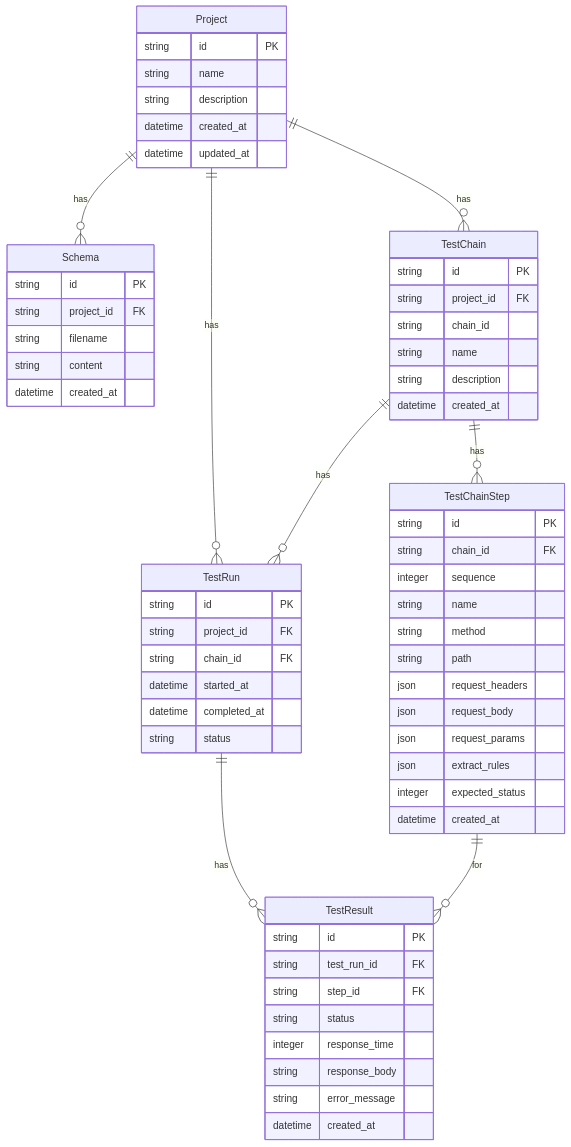
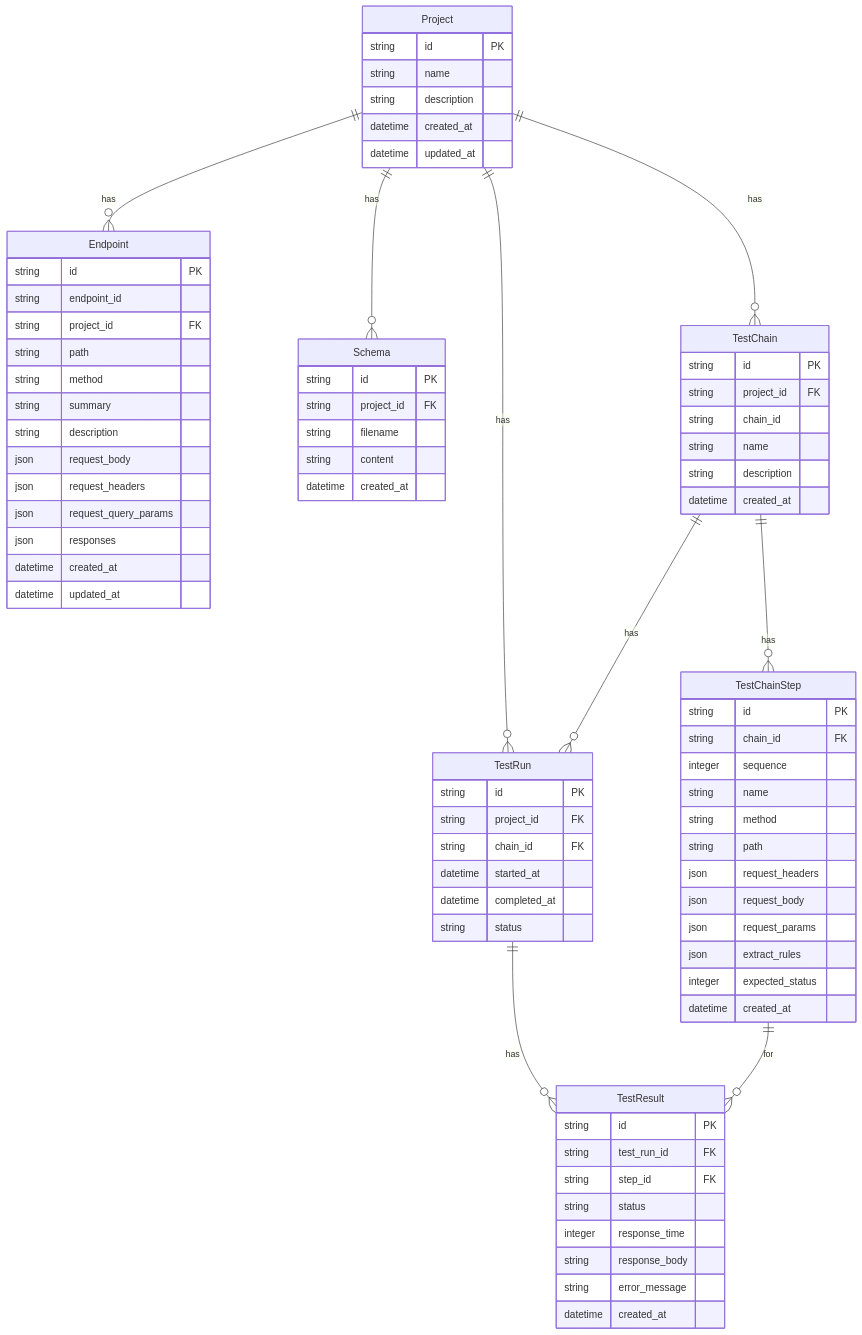
One commit to Pirikara/caseforge changed the fifth of 5 diagrams in ARCHITECTURE.md. Above: the diagram before and after it, drawn with Mermaid. The commit also changed other lines of this file and 11 other files, not shown here.

```diff
--- a/ARCHITECTURE.md
+++ b/ARCHITECTURE.md
@@ -173,6 +333,22 @@
     string id PK
     string name
     string description
+    datetime created_at
+    datetime updated_at
+  }
+  
+  Endpoint {
+    string id PK
+    string endpoint_id
+    string project_id FK
+    string path
+    string method
+    string summary
+    string description
+    json request_body
+    json request_headers
+    json request_query_params
+    json responses
     datetime created_at
     datetime updated_at
   }
@@ -232,6 +408,7 @@
   Project ||--o{ Schema : "has"
   Project ||--o{ TestChain : "has"
   Project ||--o{ TestRun : "has"
+  Project ||--o{ Endpoint : "has"
   TestChain ||--o{ TestChainStep : "has"
   TestChain ||--o{ TestRun : "has"
   TestRun ||--o{ TestResult : "has"
```
